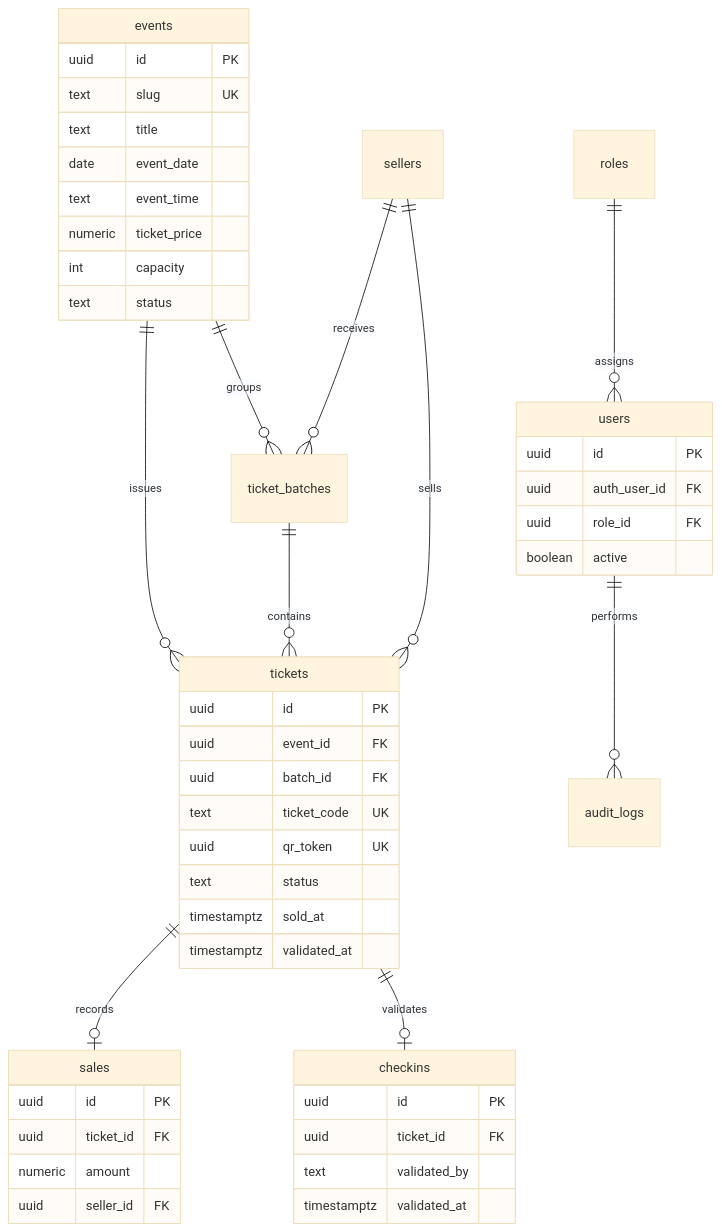
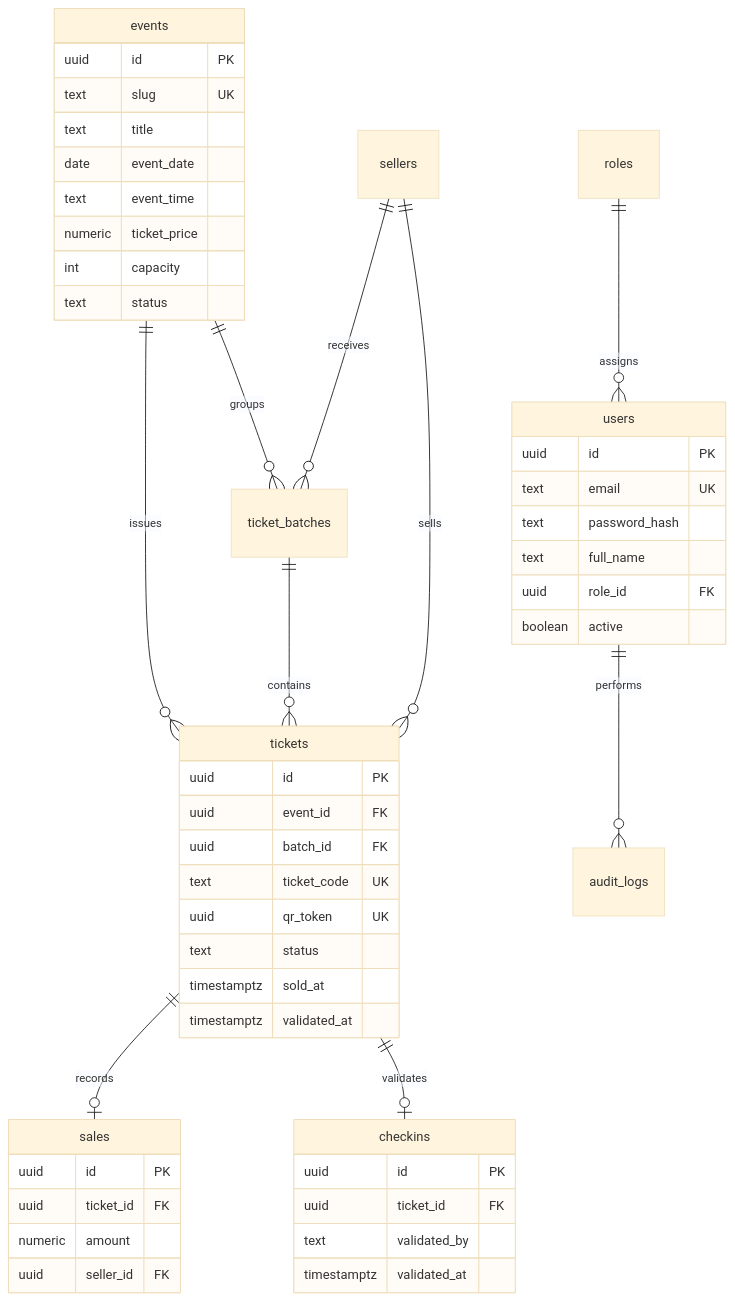
The diagram in ARCHITECTURE.md (luis14mc/farecoh-web), drawn with Mermaid (base theme) before and after one commit. The commit also changed other lines of this file and 135 other files, not shown here.

````diff
--- a/ARCHITECTURE.md
+++ b/ARCHITECTURE.md
@@ -20,55 +20,57 @@
 ```mermaid
 erDiagram
   roles ||--o{ users : assigns
   events ||--o{ ticket_batches : groups
   events ||--o{ tickets : issues
   ticket_batches ||--o{ tickets : contains
   sellers ||--o{ ticket_batches : receives
   sellers ||--o{ tickets : sells
   tickets ||--o| sales : records
   tickets ||--o| checkins : validates
   users ||--o{ audit_logs : performs
 
   events {
     uuid id PK
     text slug UK
     text title
     date event_date
     text event_time
     numeric ticket_price
     int capacity
     text status
   }
 
   tickets {
     uuid id PK
     uuid event_id FK
     uuid batch_id FK
     text ticket_code UK
     uuid qr_token UK
     text status
     timestamptz sold_at
     timestamptz validated_at
   }
 
   sales {
     uuid id PK
     uuid ticket_id FK
     numeric amount
     uuid seller_id FK
   }
 
   checkins {
     uuid id PK
     uuid ticket_id FK
     text validated_by
     timestamptz validated_at
   }
 
   users {
     uuid id PK
-    uuid auth_user_id FK
+    text email UK
+    text password_hash
+    text full_name
     uuid role_id FK
     boolean active
   }
 ```
````
